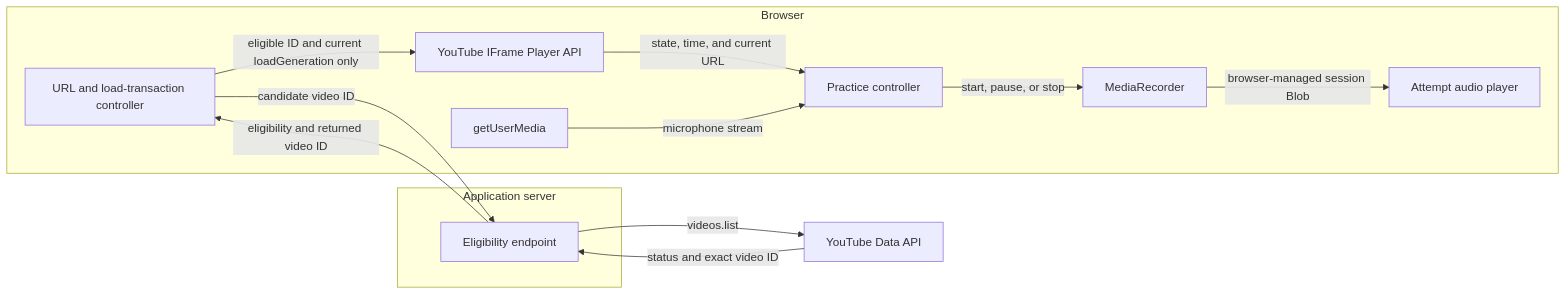
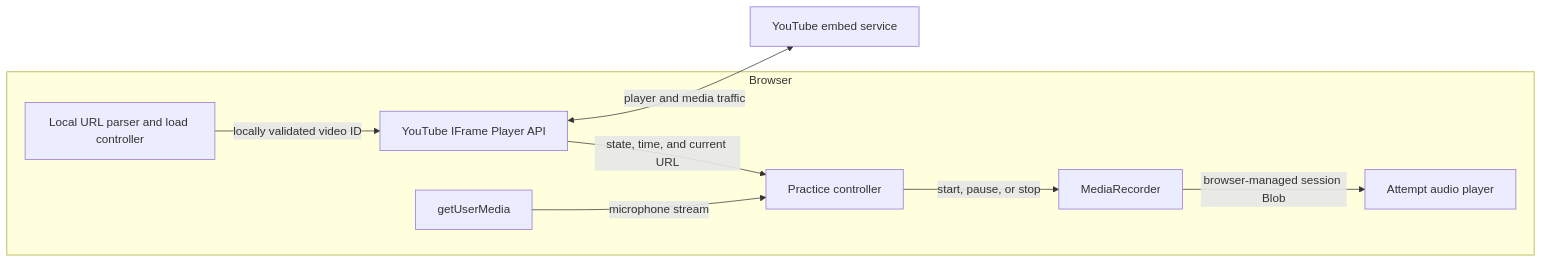
The diagram in docs/maintainers/design/shadowing-recorder-technical-design.md (linhtag-dev/shadowing-recorder), drawn with Mermaid before and after one commit. The commit also changed other lines of this file and 10 other files, not shown here.

Commit message:
docs: adopt static privacy-first architecture

````diff
--- a/docs/maintainers/design/shadowing-recorder-technical-design.md
+++ b/docs/maintainers/design/shadowing-recorder-technical-design.md
@@ -161,27 +162,20 @@
 ```mermaid
 flowchart LR
     subgraph Browser
-        URL["URL and load-transaction controller"]
+        URL["Local URL parser and load controller"]
         IFRAME["YouTube IFrame Player API"]
         PRACTICE["Practice controller"]
         MIC["getUserMedia"]
         RECORDER["MediaRecorder"]
         ATTEMPT["Attempt audio player"]
     end
 
-    subgraph AppServer["Application server"]
-        ELIGIBILITY["Eligibility endpoint"]
-    end
+    YOUTUBE["YouTube embed service"]
 
-    DATAAPI["YouTube Data API"]
-
-    URL -->|"candidate video ID"| ELIGIBILITY
-    ELIGIBILITY -->|"videos.list"| DATAAPI
-    DATAAPI -->|"status and exact video ID"| ELIGIBILITY
-    ELIGIBILITY -->|"eligibility and returned video ID"| URL
-    URL -->|"eligible ID and current loadGeneration only"| IFRAME
+    URL -->|"locally validated video ID"| IFRAME
+    IFRAME <-->|"player and media traffic"| YOUTUBE
     IFRAME -->|"state, time, and current URL"| PRACTICE
     MIC -->|"microphone stream"| PRACTICE
     PRACTICE -->|"start, pause, or stop"| RECORDER
     RECORDER -->|"browser-managed session Blob"| ATTEMPT
 ```
````
